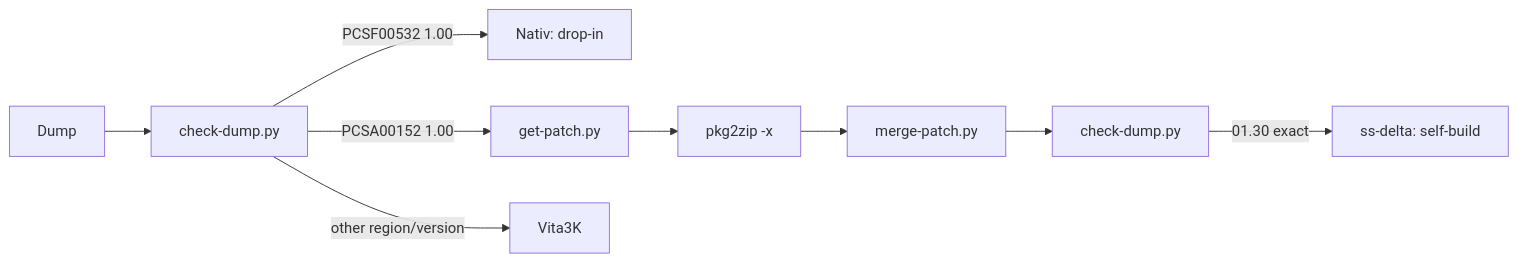
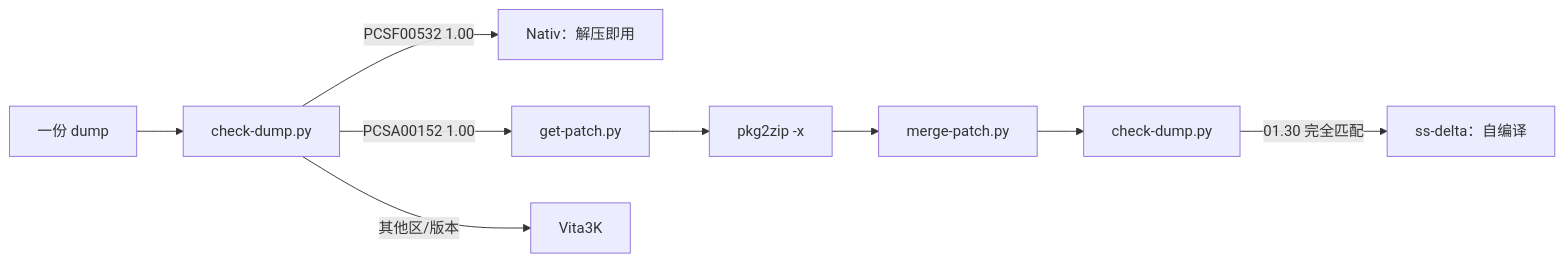
The diagram in README.md (kidnappe/psv-recomp-preflight), drawn with Mermaid before and after one commit. The commit also changed other lines of this file and 2 other files, not shown here.

````diff
--- a/README.md
+++ b/README.md
@@ -252,11 +251,11 @@
 ```mermaid
 flowchart LR
-    A[Dump] --> B[check-dump.py]
-    B -->|PCSF00532 1.00| C[Nativ: drop-in]
+    A[一份 dump] --> B[check-dump.py]
+    B -->|PCSF00532 1.00| C[Nativ：解压即用]
     B -->|PCSA00152 1.00| D[get-patch.py]
     D --> E[pkg2zip -x]
     E --> F[merge-patch.py]
     F --> G[check-dump.py]
-    G -->|01.30 exact| H[ss-delta: self-build]
-    B -->|other region/version| I[Vita3K]
+    G -->|01.30 完全匹配| H[ss-delta：自编译]
+    B -->|其他区/版本| I[Vita3K]
 ```
````
